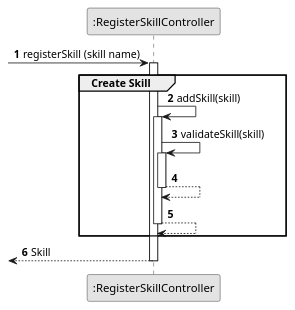
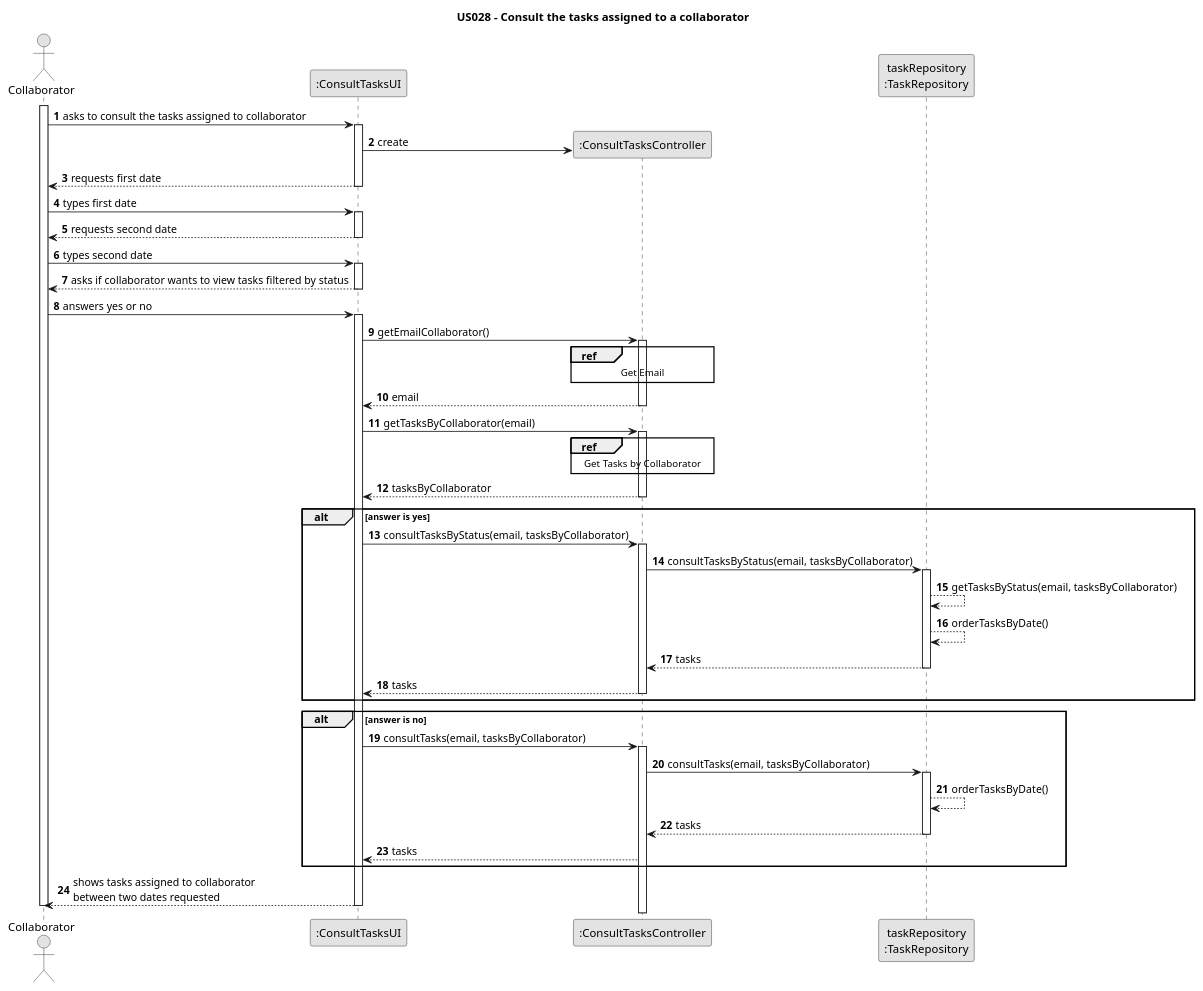
One commit to Departamento-de-Engenharia-Informatica/lei-24-s2-1dm-g132 changed the diagram in docs/sprintC/us028/03.design/puml/us028-sequence-diagram-split.puml. Above: the diagram before and after it, drawn with PlantUML. The commit also changed 7 other files, not shown here.

Commit message:
US28 fixed sequence diagram full and created split and partials

```diff
--- a/docs/sprintC/us028/03.design/puml/us028-sequence-diagram-split.puml
+++ b/docs/sprintC/us028/03.design/puml/us028-sequence-diagram-split.puml
@@ -1,39 +1,96 @@
 @startuml
 skinparam monochrome true
 skinparam packageStyle rectangle
 skinparam shadowing false
 
+title US028 - Consult the tasks assigned to a collaborator
+
 autonumber
 
-'hide footbox
-participant ":RegisterSkillController" as CTRL
+actor "Collaborator" as Employee
+participant ":ConsultTasksUI" as UI
+participant ":ConsultTasksController" as CTRL
+participant "taskRepository\n:TaskRepository" as TaskRepository
+
+activate Employee
+
+    Employee -> UI : asks to consult the tasks assigned to collaborator
+    activate UI
+
+    UI -> CTRL** : create
+
+    UI --> Employee : requests first date
+    deactivate UI
+
+    Employee -> UI : types first date
+    activate UI
+
+    UI --> Employee : requests second date
+    deactivate UI
+
+    Employee -> UI : types second date
+    activate UI
+
+    UI --> Employee : asks if collaborator wants to view tasks filtered by status
+    deactivate UI
+
+    Employee -> UI : answers yes or no
+    activate UI
+
+    UI -> CTRL : getEmailCollaborator()
+    activate CTRL
+
+    ref over CTRL
+        Get Email
+    end
+
+    CTRL --> UI : email
+    deactivate CTRL
+
+    UI -> CTRL : getTasksByCollaborator(email)
+    activate CTRL
+
+    ref over CTRL
+         Get Tasks by Collaborator
+    end
+
+    CTRL --> UI : tasksByCollaborator
+    deactivate CTRL
 
 
+    alt answer is yes
+        UI -> CTRL : consultTasksByStatus(email, tasksByCollaborator)
+        activate CTRL
+
+        CTRL -> TaskRepository : consultTasksByStatus(email, tasksByCollaborator)
+        activate TaskRepository
+
+        TaskRepository --> TaskRepository : getTasksByStatus(email, tasksByCollaborator)
+        TaskRepository --> TaskRepository : orderTasksByDate()
+        TaskRepository --> CTRL : tasks
+        deactivate TaskRepository
+
+        CTRL --> UI : tasks
+        deactivate CTRL
+    end
+
+    alt answer is no
+        UI -> CTRL : consultTasks(email, tasksByCollaborator)
+        activate CTRL
+
+        CTRL -> TaskRepository : consultTasks(email, tasksByCollaborator)
+        activate TaskRepository
+
+        TaskRepository --> TaskRepository : orderTasksByDate()
+        TaskRepository --> CTRL : tasks
+        deactivate TaskRepository
+
+        CTRL --> UI : tasks
+    end
 
 
+    UI --> Employee : shows tasks assigned to collaborator \nbetween two dates requested
+    deactivate UI
 
-                 -> CTRL : registerSkill (skill name)
-            activate CTRL
-    group Create Skill
-
-                                        CTRL -> CTRL: addSkill(skill)
-
-                                                                           activate CTRL
-                                                                               CTRL -> CTRL: validateSkill(skill)
-                                                                               activate CTRL
-                                                                                   CTRL --> CTRL
-                                                                               deactivate CTRL
-
-                                                                               CTRL --> CTRL
-                                                                               deactivate CTRL
-                                                                               end
-
-             <-- CTRL : Skill
-            deactivate CTRL
-
-
-
-
-
-
+deactivate Employee
 @enduml
```
